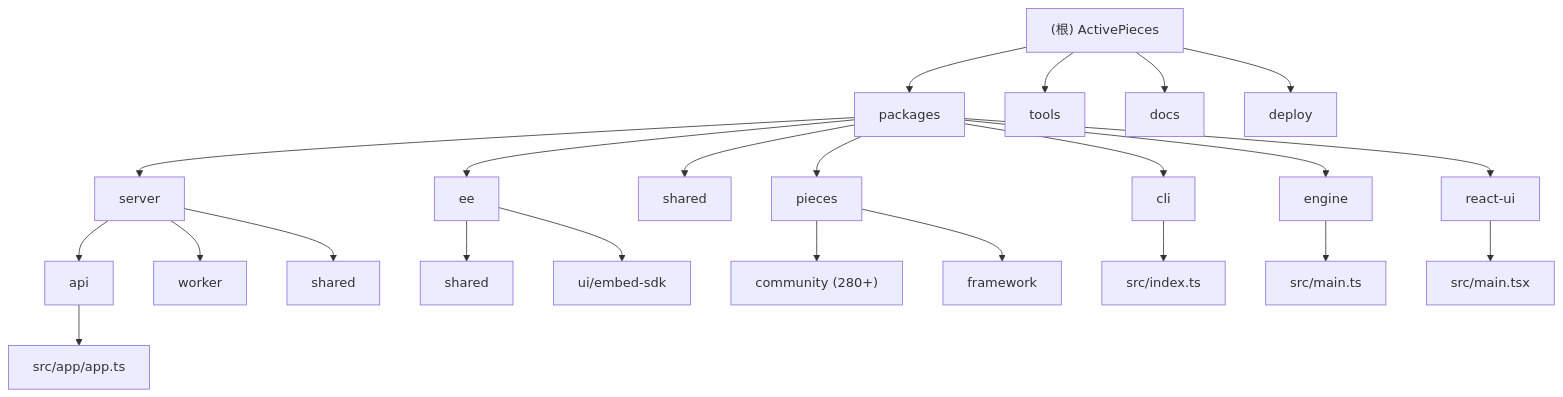
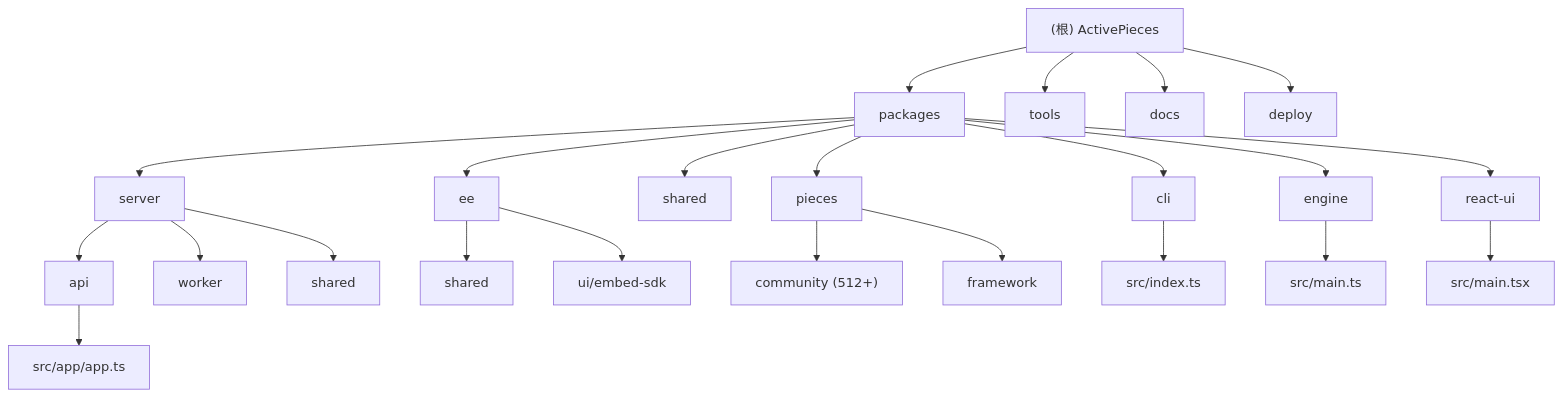
The diagram in CLAUDE.md (afanty2021/activepieces), drawn with Mermaid before and after one commit. The commit also changed other lines of this file, not shown here.

First line of the commit message:
docs: sync architecture documentation with latest codebase

````diff
--- a/CLAUDE.md
+++ b/CLAUDE.md
@@ -37,38 +38,38 @@
 ```mermaid
 graph TD
     A["(根) ActivePieces"] --> B["packages"];
     A --> C["tools"];
     A --> D["docs"];
     A --> E["deploy"];
 
     B --> F["cli"];
     B --> G["engine"];
     B --> H["shared"];
     B --> I["server"];
     B --> J["react-ui"];
     B --> K["ee"];
     B --> L["pieces"];
 
     I --> I1["api"];
     I --> I2["worker"];
     I --> I3["shared"];
 
     K --> K1["shared"];
     K --> K2["ui/embed-sdk"];
 
-    L --> L1["community (280+)"];
+    L --> L1["community (512+)"];
     L --> L2["framework"];
 
     F --> F1["src/index.ts"];
     G --> G1["src/main.ts"];
     I1 --> I1a["src/app/app.ts"];
     J --> J1["src/main.tsx"];
 
     click F "./packages/cli/CLAUDE.md" "查看 cli 模块文档"
     click G "./packages/engine/CLAUDE.md" "查看 engine 模块文档"
     click H "./packages/shared/CLAUDE.md" "查看 shared 模块文档"
     click I "./packages/server/CLAUDE.md" "查看 server 模块文档"
     click J "./packages/react-ui/CLAUDE.md" "查看 react-ui 模块文档"
     click K "./packages/ee/CLAUDE.md" "查看 ee 模块文档"
     click L "./packages/pieces/CLAUDE.md" "查看 pieces 模块文档"
 ```
````
